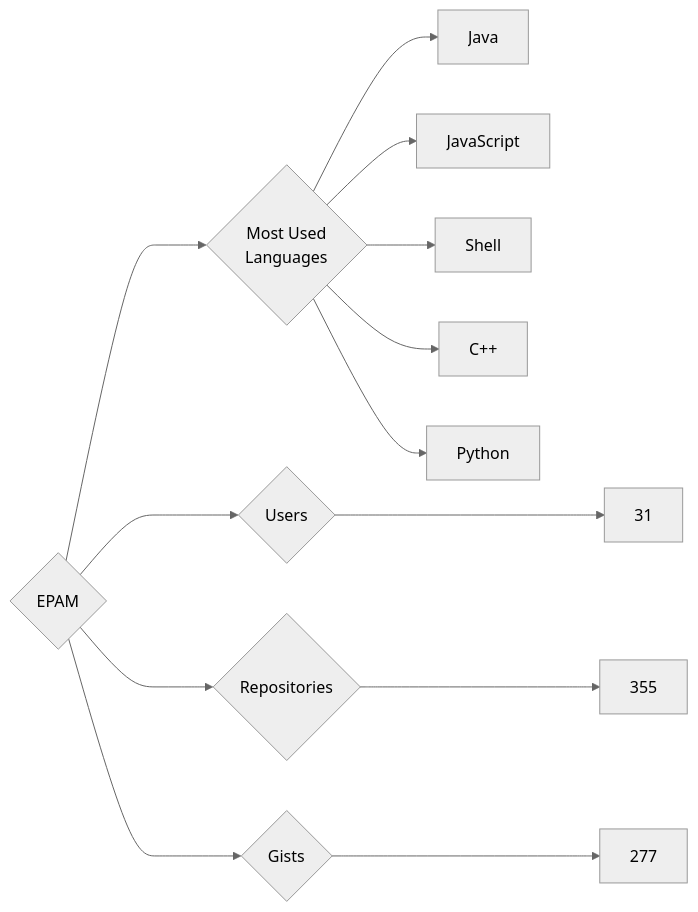
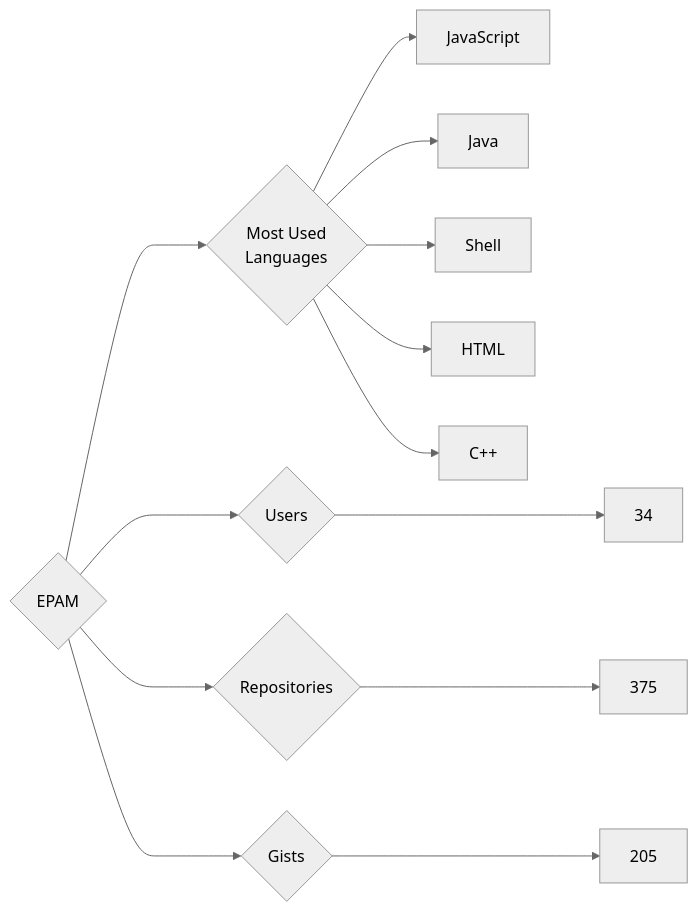
One commit to trickest/insiders changed the diagram in targets/EPAM/README.md. Above: the diagram before and after it, drawn with Mermaid (neutral theme). The commit also changed 873 other files, not shown here.

````diff
--- a/targets/EPAM/README.md
+++ b/targets/EPAM/README.md
@@ -3,13 +3,13 @@
 ```mermaid
 graph LR
 COMPANY_NAME{EPAM}
-COMPANY_NAME ---> U{Users} ---> UN[31]
-COMPANY_NAME ---> R{Repositories} ---> RN[355]
-COMPANY_NAME ---> G{Gists} ---> GN[277]
+COMPANY_NAME ---> U{Users} ---> UN[34]
+COMPANY_NAME ---> R{Repositories} ---> RN[375]
+COMPANY_NAME ---> G{Gists} ---> GN[205]
 COMPANY_NAME ---> ML{Most Used<br>Languages}
+ML --> JavaScript[JavaScript]
 ML --> Java[Java]
-ML --> JavaScript[JavaScript]
 ML --> Shell[Shell]
+ML --> HTML[HTML]
 ML --> C++[C++]
-ML --> Python[Python]
 ```
````
